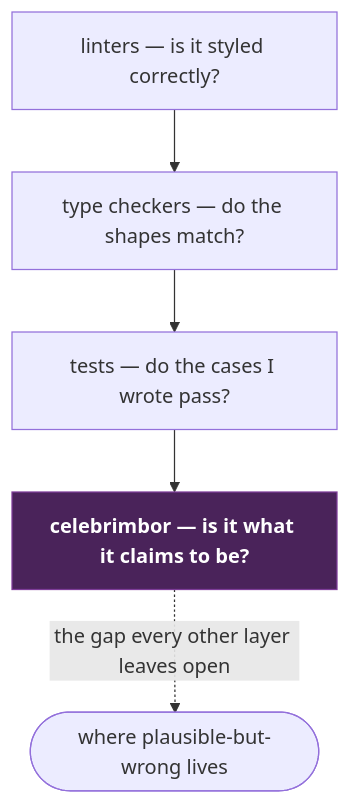
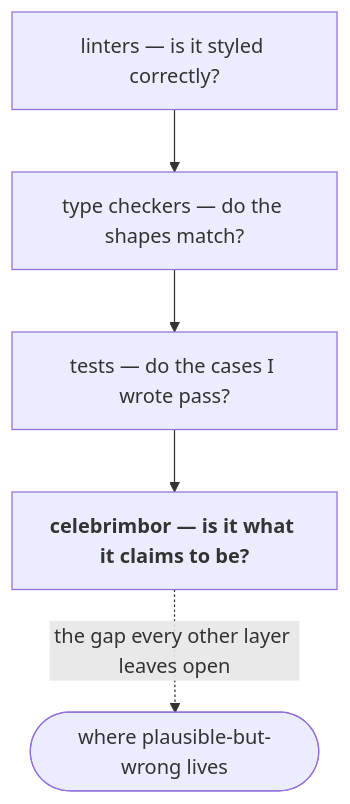
Before and after one commit to clintecker/celebrimbor: the diagram in docs/concepts/why.md, drawn with Mermaid. The commit also changed 12 other files, not shown here.

First line of the commit message:
docs: fix diagram rendering — drop hardcoded mermaid colors, real table headers

````diff
--- a/docs/concepts/why.md
+++ b/docs/concepts/why.md
@@ -52,11 +52,9 @@
 ```mermaid
 flowchart TD
     A["linters — is it styled correctly?"]
     B["type checkers — do the shapes match?"]
     C["tests — do the cases I wrote pass?"]
     D["<b>celebrimbor — is it what it claims to be?</b>"]
     A --> B --> C --> D
     D -.->|"the gap every other layer leaves open"| X(["where plausible-but-wrong lives"])
-    classDef me fill:#4a235a,stroke:#7d3c98,color:#fff
-    class D me
 ```
````
